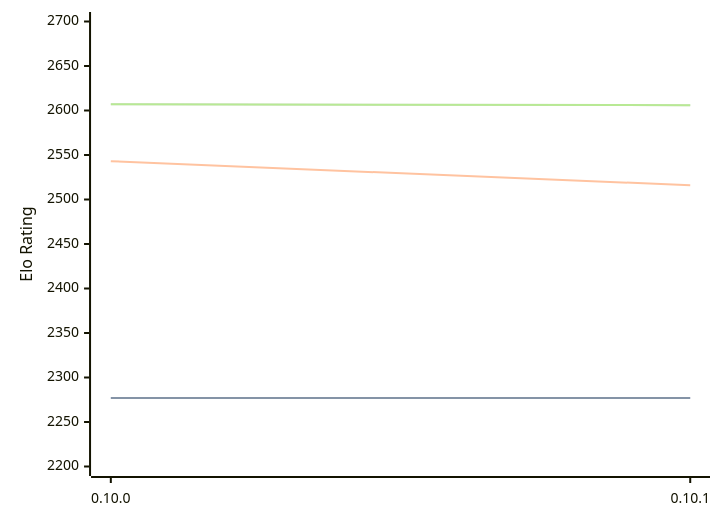
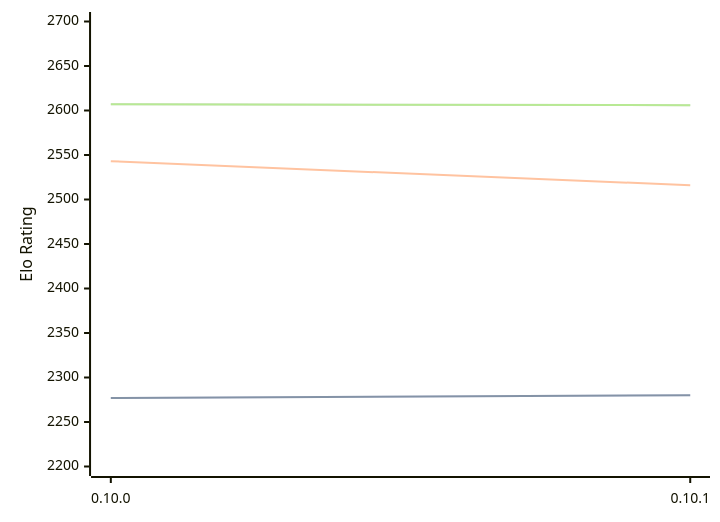
One commit to computer-chess-index/cci changed the diagram in engines/Fatalii.md. Above: the diagram before and after it, drawn with Mermaid. The commit also changed other lines of this file, not shown here.

````diff
--- a/engines/Fatalii.md
+++ b/engines/Fatalii.md
@@ -32,11 +32,11 @@
 ```mermaid
 %%{init: {"theme":"base","themeVariables":{"seriesColors:['#a3a3a3','#222221','#faa371']}}}%%
 xychart-beta
   x-axis ["0.10.0", "0.10.1"]
   y-axis "Elo Rating" 2200 --> 2700
-  line "" [2277, 2277]
-  line "STC (8.0+0.08s)" [2277, 2277]
+  line "" [2277, 2280]
+  line "STC (8.0+0.08s)" [2277, 2280]
   line "LTC (60.0+0.60s)" [2543, 2516]
   line "" [2607, 2606]
   line "VLTC (2m24s+1.12s)" [2607, 2606]
 ```
````
